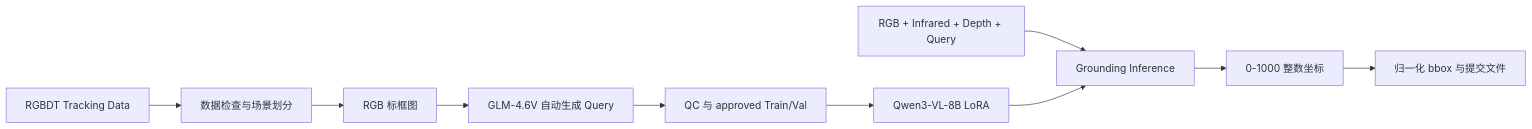
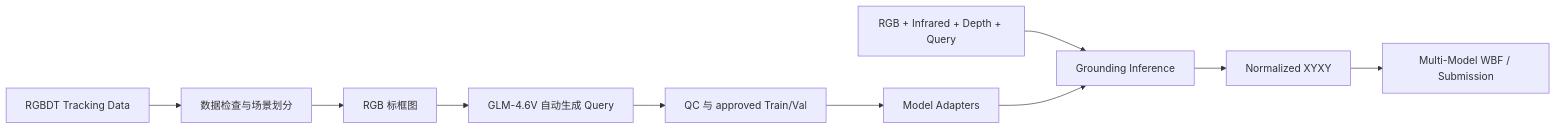
One commit to FanGou-code/aicomp-multimodal-grounding changed the diagram in README.md. Above: the diagram before and after it, drawn with Mermaid. The commit also changed other lines of this file, not shown here.

Commit message:
docs: present project as multi-model grounding

````diff
--- a/README.md
+++ b/README.md
@@ -15,12 +19,12 @@
 ```mermaid
 flowchart LR
     A["RGBDT Tracking Data"] --> B["数据检查与场景划分"]
     B --> C["RGB 标框图"]
     C --> D["GLM-4.6V 自动生成 Query"]
     D --> E["QC 与 approved Train/Val"]
-    E --> F["Qwen3-VL-8B LoRA"]
+    E --> F["Model Adapters"]
     G["RGB + Infrared + Depth + Query"] --> H["Grounding Inference"]
     F --> H
-    H --> I["0-1000 整数坐标"]
-    I --> J["归一化 bbox 与提交文件"]
+    H --> I["Normalized XYXY"]
+    I --> J["Multi-Model WBF / Submission"]
 ```
````
